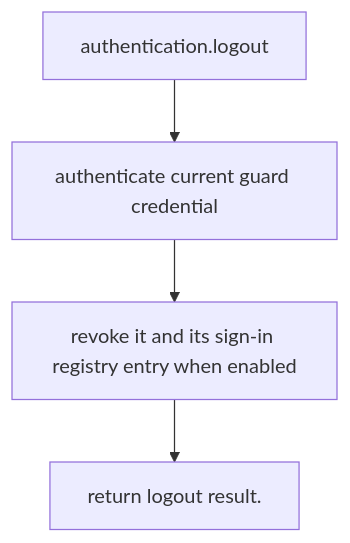
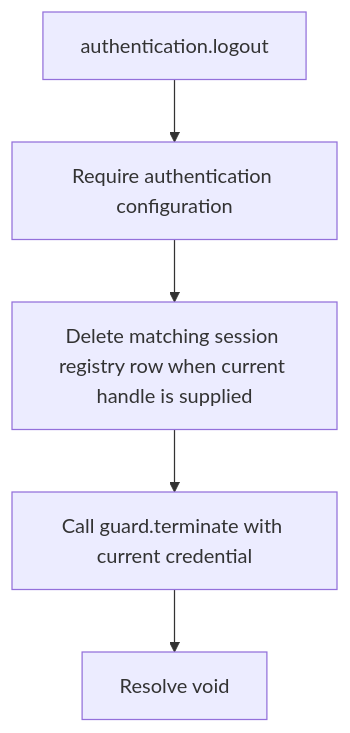
Before and after one commit to Kevinjohn/oss-adonisjs-account-kit: the second of 2 diagrams in user-stories/US-ACCOUNT-04-sign-out.md, drawn with Mermaid. The commit also changed other lines of this file and 17 other files, not shown here.

````diff
--- a/user-stories/US-ACCOUNT-04-sign-out.md
+++ b/user-stories/US-ACCOUNT-04-sign-out.md
@@ -35,10 +30,7 @@
 ```mermaid
 flowchart TD
-    C0["authentication.logout"]
-    C1["authenticate current guard credential"]
-    C0 --> C1
-    C2["revoke it and its sign-in registry entry when enabled"]
-    C1 --> C2
-    C3["return logout result."]
-    C2 --> C3
+ A["authentication.logout"] --> B["Require authentication configuration"]
+ B --> C["Delete matching session registry row when current handle is supplied"]
+ C --> D["Call guard.terminate with current credential"]
+ D --> E["Resolve void"]
 ```
````
